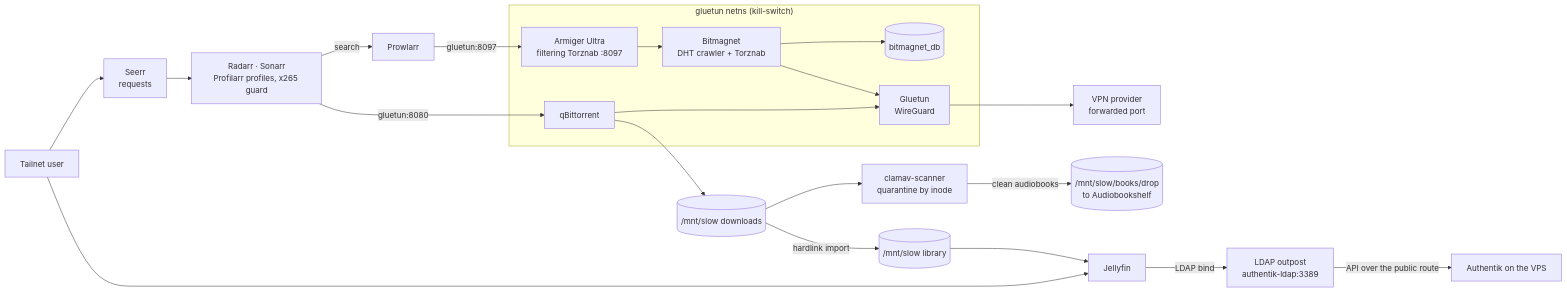
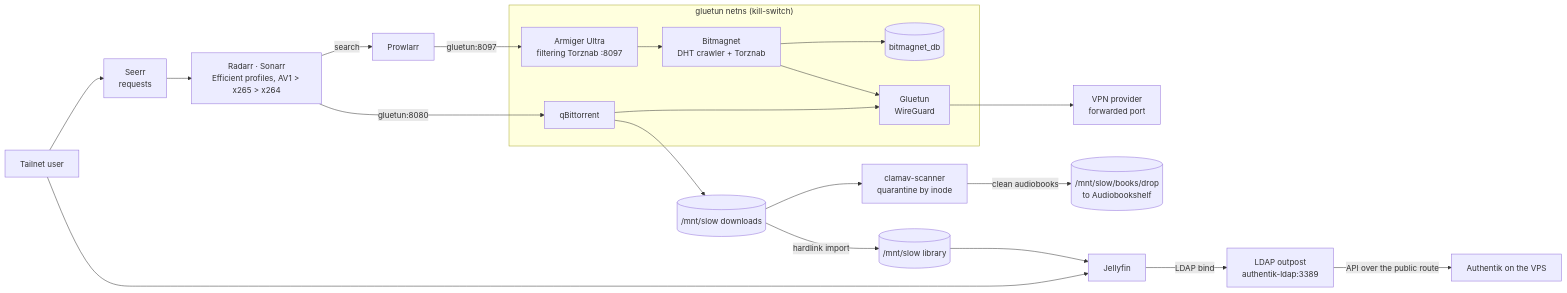
Before and after one commit to IdanReed/BasicBastardSelfhosted: the diagram in docs/services.md, drawn with Mermaid. The commit also changed other lines of this file and 3 other files, not shown here.

````diff
--- a/docs/services.md
+++ b/docs/services.md
@@ -92,39 +92,39 @@
 ```mermaid
 flowchart LR
   user["Tailnet user"]
   seerr["Seerr<br/>requests"]
-  arrs["Radarr · Sonarr<br/>Profilarr profiles, x265 guard"]
+  arrs["Radarr · Sonarr<br/>Efficient profiles, AV1 > x265 > x264"]
   prowlarr["Prowlarr"]
 
   subgraph netns["gluetun netns (kill-switch)"]
     gluetun["Gluetun<br/>WireGuard"]
     qbit["qBittorrent"]
     armiger["Armiger Ultra<br/>filtering Torznab :8097"]
     bitmagnet["Bitmagnet<br/>DHT crawler + Torznab"]
     bmdb[("bitmagnet_db")]
   end
 
   vpn["VPN provider<br/>forwarded port"]
   dl[("/mnt/slow downloads")]
   scan["clamav-scanner<br/>quarantine by inode"]
   drop[("/mnt/slow/books/drop<br/>to Audiobookshelf")]
   lib[("/mnt/slow library")]
   jelly["Jellyfin"]
   ldap["LDAP outpost<br/>authentik-ldap:3389"]
   ak["Authentik on the VPS"]
 
   user --> seerr --> arrs
   arrs -- "search" --> prowlarr
   prowlarr -- "gluetun:8097" --> armiger --> bitmagnet --> bmdb
   arrs -- "gluetun:8080" --> qbit
   qbit --> gluetun
   bitmagnet --> gluetun
   gluetun --> vpn
   qbit --> dl --> scan
   scan -- "clean audiobooks" --> drop
   dl -- "hardlink import" --> lib
   lib --> jelly
   user --> jelly
   jelly -- "LDAP bind" --> ldap
   ldap -- "API over the public route" --> ak
 ```
````
